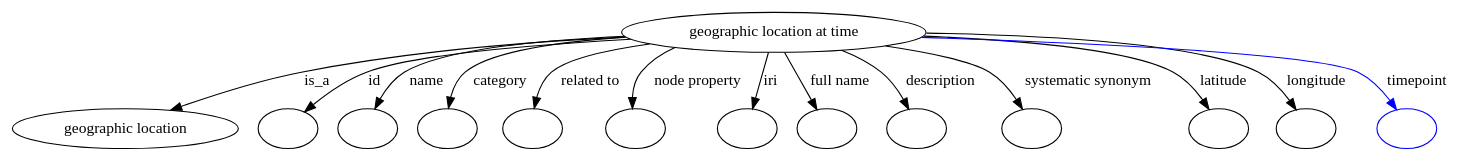
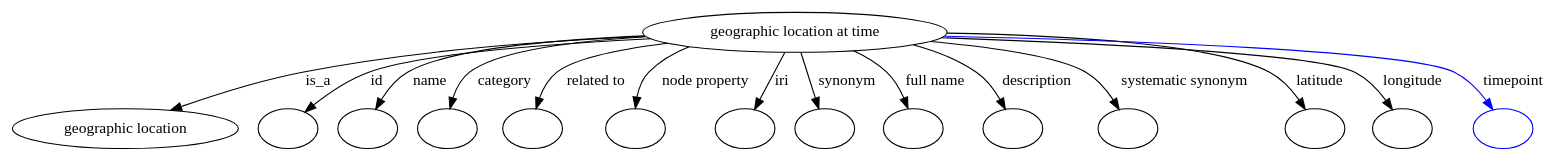
One commit to biolink/biolink-model changed the diagram in graphviz/geographic_location_at_time.gv. Above: the diagram before and after it, drawn with Graphviz. The commit also changed 900 other files, not shown here.

```diff
--- a/graphviz/geographic_location_at_time.gv
+++ b/graphviz/geographic_location_at_time.gv
@@ -1,134 +1,144 @@
 digraph {
-	graph [bb="0,0,1098.1,122"];
+	graph [bb="0,0,1172.1,122"];
 	node [label="\N"];
 	"geographic location at time"	 [height=0.5,
 		label="geographic location at time",
-		pos="596.09,104",
+		pos="613.09,104",
 		width=2.9614];
 	"geographic location"	 [height=0.5,
 		pos="80.09,18",
 		width=2.2247];
 	"geographic location at time" -> "geographic location"	 [label=is_a,
-		lp="249.37,61",
-		pos="e,120.91,33.538 492.84,99.317 420.73,94.667 322.55,85.567 237.54,68 201.04,60.458 161.03,47.691 130.48,36.946"];
+		lp="251.37,61",
+		pos="e,121.43,33.572 509.18,99.78 433.75,95.316 329.57,86.248 239.54,68 202.59,60.512 162.07,47.744 131.13,36.985"];
 	id	 [color=black,
 		height=0.5,
 		label="",
 		pos="205.09,18",
 		width=0.75];
 	"geographic location at time" -> id	 [color=black,
 		label=id,
-		lp="301.54,61",
-		pos="e,223.78,31.222 498.91,96.451 425.74,90.004 331.99,79.9 295.2,68 272.73,60.732 249.48,47.667 232.22,36.715",
+		lp="303.54,61",
+		pos="e,223.88,31.021 515,96.934 437.67,90.599 336.55,80.406 297.2,68 274.15,60.732 250.22,47.543 232.53,36.536",
 		style=solid];
 	name	 [color=black,
 		height=0.5,
 		label="",
 		pos="277.09,18",
 		width=0.75];
 	"geographic location at time" -> name	 [color=black,
 		label=name,
-		lp="344.25,61",
-		pos="e,289.22,34.315 497.28,97.149 433.8,91.522 357.95,82.145 328.77,68 316.19,61.898 304.72,51.56 295.8,41.862",
+		lp="347.25,61",
+		pos="e,290.1,34.345 513.21,97.599 445.7,92.068 363.32,82.622 331.77,68 318.7,61.939 306.59,51.606 297.11,41.9",
 		style=solid];
 	category	 [color=black,
 		height=0.5,
 		label="",
 		pos="349.09,18",
 		width=0.75];
 	"geographic location at time" -> category	 [color=black,
 		label=category,
-		lp="399.19,61",
-		pos="e,353.87,36.005 498.25,96.717 448.63,91.344 394.73,82.398 374.9,68 367.2,62.414 361.62,53.844 357.67,45.369",
+		lp="403.19,61",
+		pos="e,355.08,35.597 514.23,97.218 460.66,91.92 400.99,82.883 378.9,68 370.53,62.36 364.15,53.511 359.49,44.814",
 		style=solid];
 	"related to"	 [color=black,
 		height=0.5,
 		label="",
 		pos="421.09,18",
 		width=0.75];
 	"geographic location at time" -> "related to"	 [color=black,
 		label="related to",
-		lp="462.33,61",
-		pos="e,421.89,36.077 511.51,92.958 479.15,87.135 447.22,78.901 435.62,68 429.5,62.254 425.91,54.103 423.82,46.045",
+		lp="468.33,61",
+		pos="e,424.17,36.252 526.57,93.45 491.03,87.59 455.06,79.188 441.62,68 434.85,62.367 430.28,54.145 427.22,45.989",
 		style=solid];
 	"node property"	 [color=black,
 		height=0.5,
 		label="",
-		pos="494.09,18",
+		pos="493.09,18",
 		width=0.75];
 	"geographic location at time" -> "node property"	 [color=black,
 		label="node property",
-		lp="537.16,61",
-		pos="e,490.97,36.337 538.87,88.778 520.58,82.734 503.59,75.451 497.95,68 493.32,61.892 491.42,54.075 490.92,46.446",
+		lp="544.16,61",
+		pos="e,493.19,36.196 551.92,89.199 531.42,83.097 511.96,75.663 504.95,68 499.5,62.051 496.43,54.07 494.72,46.233",
 		style=solid];
 	iri	 [color=black,
 		height=0.5,
 		label="",
-		pos="566.09,18",
+		pos="565.09,18",
 		width=0.75];
 	"geographic location at time" -> iri	 [color=black,
 		label=iri,
-		lp="589.31,61",
-		pos="e,572.24,35.624 589.73,85.762 585.62,73.974 580.19,58.422 575.57,45.189",
+		lp="598.31,61",
+		pos="e,574.6,35.042 602.91,85.762 596.11,73.583 587.07,57.385 579.53,43.879",
+		style=solid];
+	synonym	 [color=black,
+		height=0.5,
+		label="",
+		pos="637.09,18",
+		width=0.75];
+	"geographic location at time" -> synonym	 [color=black,
+		label=synonym,
+		lp="652.76,61",
+		pos="e,632.09,35.917 618.18,85.762 621.42,74.168 625.67,58.931 629.32,45.843",
 		style=solid];
 	"full name"	 [color=black,
 		height=0.5,
 		label="",
-		pos="638.09,18",
+		pos="709.09,18",
 		width=0.75];
 	"geographic location at time" -> "full name"	 [color=black,
 		label="full name",
-		lp="646.72,61",
-		pos="e,629.63,35.332 605,85.762 610.85,73.78 618.6,57.906 625.13,44.535",
+		lp="719.72,61",
+		pos="e,702.54,35.871 654.81,87.303 664.53,82.109 674.3,75.684 682.09,68 688.65,61.529 694.02,53.12 698.2,45.051",
 		style=solid];
 	description	 [color=black,
 		height=0.5,
 		label="",
-		pos="710.09,18",
+		pos="781.09,18",
 		width=0.75];
 	"geographic location at time" -> description	 [color=black,
 		label=description,
-		lp="721.19,61",
-		pos="e,701.74,35.582 644.56,87.827 655.98,82.62 667.58,76.057 677.09,68 684.78,61.483 691.38,52.732 696.61,44.374",
+		lp="795.19,61",
+		pos="e,774.18,35.702 683.85,90.411 711.41,84.098 739.01,76.184 750.09,68 758.17,62.027 764.62,53.258 769.5,44.725",
 		style=solid];
 	"systematic synonym"	 [color=black,
 		height=0.5,
 		label="",
-		pos="792.09,18",
+		pos="866.09,18",
 		width=0.75];
 	"geographic location at time" -> "systematic synonym"	 [color=black,
 		label="systematic synonym",
-		lp="828.06,61",
-		pos="e,783.78,35.372 674.52,91.727 707.88,85.422 742.25,77.145 756.09,68 765.19,61.984 772.76,52.824 778.56,43.981",
+		lp="902.06,61",
+		pos="e,857.92,35.602 707.46,95.498 756.13,89.715 809.53,80.765 830.09,68 839.36,62.245 846.96,53.139 852.74,44.265",
 		style=solid];
 	latitude	 [color=black,
 		height=0.5,
 		label="",
-		pos="925.09,18",
+		pos="999.09,18",
 		width=0.75];
 	"geographic location at time" -> latitude	 [color=black,
 		label=latitude,
-		lp="926.08,61",
-		pos="e,917.29,35.283 700.02,99.969 771.05,95.586 857.78,86.537 889.09,68 898.62,62.36 906.32,53.108 912.13,44.086",
+		lp="1000.1,61",
+		pos="e,991.34,35.364 713.57,97.864 809.28,91.345 941.84,80.296 963.09,68 972.67,62.455 980.39,53.22 986.19,44.187",
 		style=solid];
 	longitude	 [color=black,
 		height=0.5,
 		label="",
-		pos="997.09,18",
+		pos="1071.1,18",
 		width=0.75];
 	"geographic location at time" -> longitude	 [color=black,
 		label=longitude,
-		lp="995.53,61",
-		pos="e,986.41,34.942 702.1,101.49 790.57,97.898 908.78,89.176 951.09,68 962.51,62.284 972.5,52.458 980.23,43.021",
+		lp="1069.5,61",
+		pos="e,1060.4,35.005 715.57,98.909 828.55,92.688 997.99,81.329 1025.1,68 1036.6,62.363 1046.5,52.549 1054.3,43.101",
 		style=solid];
 	timepoint	 [color=blue,
 		height=0.5,
 		label="",
-		pos="1071.1,18",
+		pos="1145.1,18",
 		width=0.75];
 	"geographic location at time" -> timepoint	 [color=blue,
 		label=timepoint,
-		lp="1069.9,61",
-		pos="e,1060.8,35.017 699.15,99.347 817.04,93.403 997.55,82.167 1026.1,68 1037.4,62.377 1047.2,52.566 1054.7,43.115",
+		lp="1143.9,61",
+		pos="e,1134.8,35.061 717.65,100.41 850.52,95.203 1066.7,84.365 1100.1,68 1111.4,62.433 1121.2,52.63 1128.8,43.17",
 		style=solid];
 }
```
